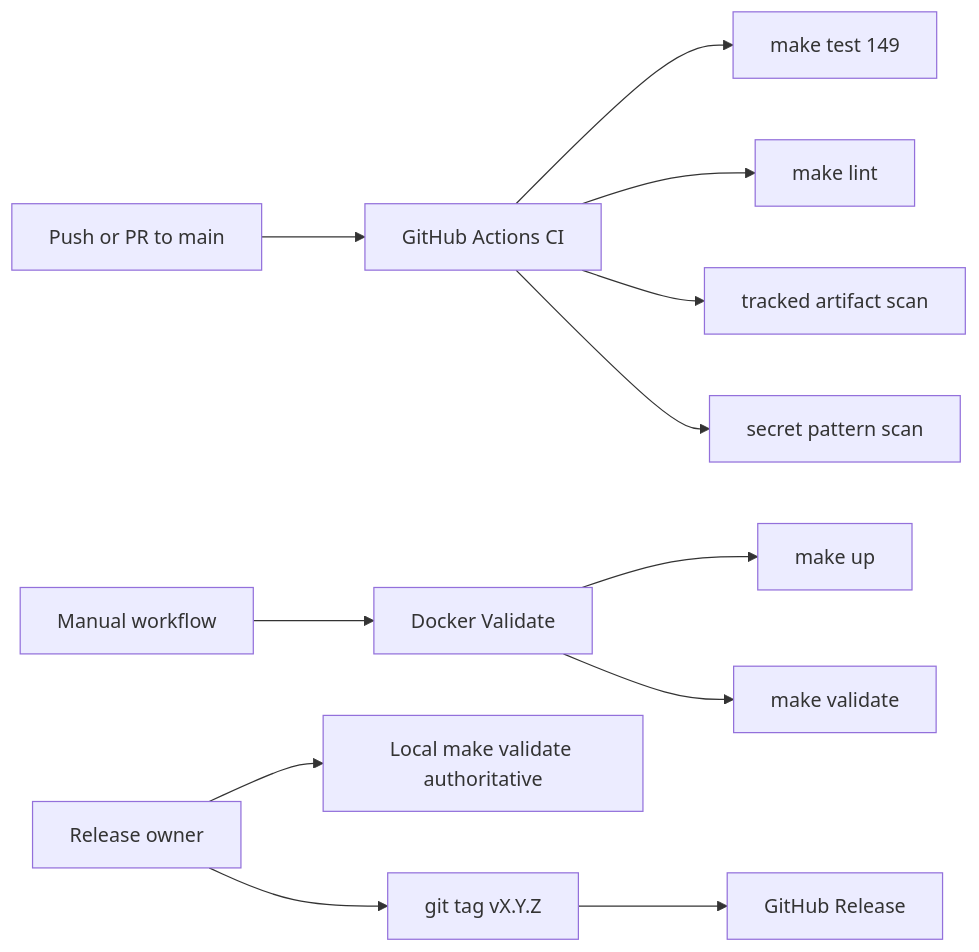
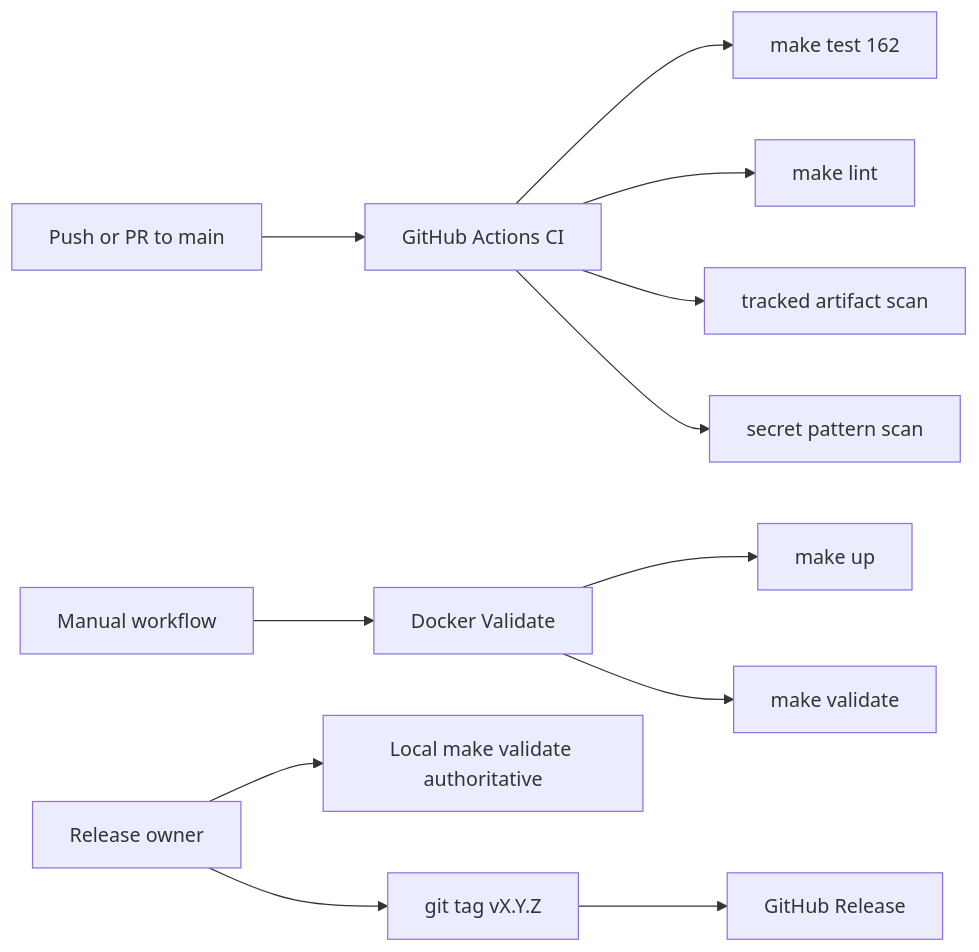
Before and after one commit to codethor0/boundary-layer: diagram 13 of 13 in docs/DIAGRAMS.md, drawn with Mermaid. The commit also changed other lines of this file and 44 other files, not shown here.

````diff
--- a/docs/DIAGRAMS.md
+++ b/docs/DIAGRAMS.md
@@ -252,16 +252,16 @@
 ```mermaid
 flowchart LR
     Push[Push or PR to main] --> GHA[GitHub Actions CI]
-    GHA --> Test[make test 149]
+    GHA --> Test[make test 162]
     GHA --> Lint[make lint]
     GHA --> Hygiene[tracked artifact scan]
     GHA --> Secret[secret pattern scan]
 
     Manual[Manual workflow] --> DockerVal[Docker Validate]
     DockerVal --> Up[make up]
     DockerVal --> Val[make validate]
 
     Release[Release owner] --> Local[Local make validate authoritative]
     Release --> Tag[git tag vX.Y.Z]
     Tag --> GHRel[GitHub Release]
 ```
````
